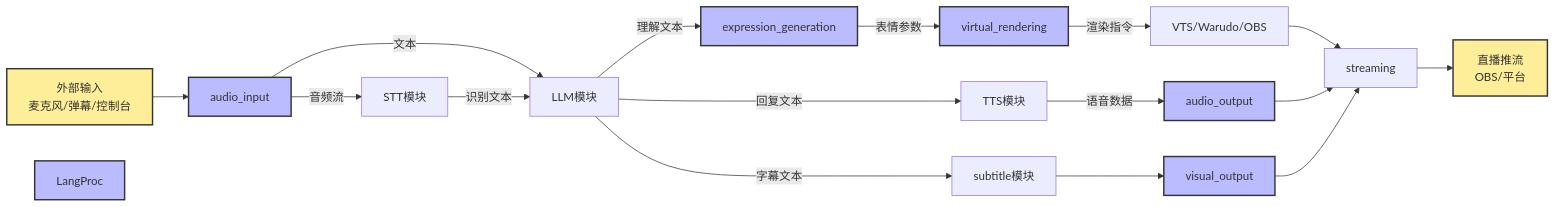
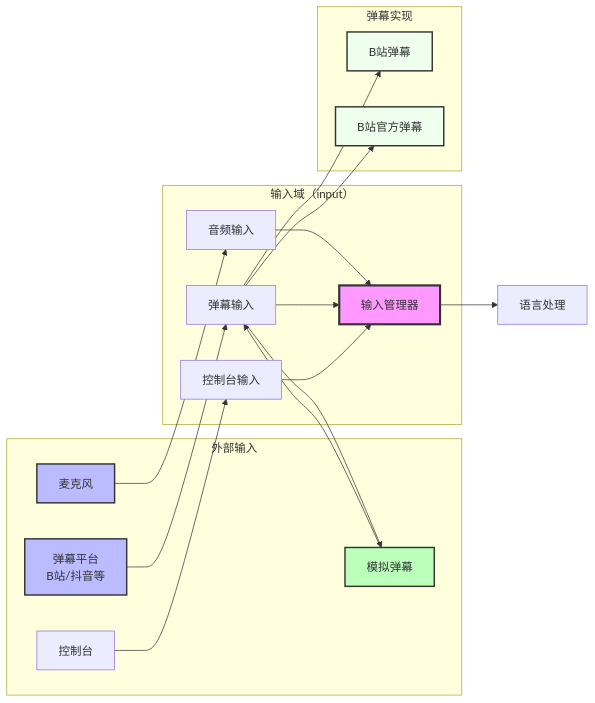
The fifth of 5 diagrams in refactor.md (Mai-with-u/Amaidesu), drawn with Mermaid before and after one commit. The commit also changed other lines of this file, not shown here.

````diff
--- a/refactor.md
+++ b/refactor.md
@@ -1496,34 +1246,44 @@
 ```mermaid
 flowchart LR
-    Input[外部输入<br/>麦克风/弹幕/控制台] --> AudioIn[audio_input]
+    subgraph "外部输入"
+        Mic[麦克风]
+        DM[弹幕平台<br/>B站/抖音等]
+        Console[控制台]
+        Mock[模拟弹幕]
+    end
 
-    AudioIn -->|音频流| STT[STT模块]
-    AudioIn -->|文本| LLM[LLM模块]
+    subgraph "输入域（input）"
+        InputMgr[输入管理器]
+        AudioIn[音频输入]
+        DanmakuIn[弹幕输入]
+        ConsoleIn[控制台输入]
+    end
 
-    STT -->|识别文本| LLM
-    LLM -->|理解文本| ExprGen[expression_generation]
+    subgraph "弹幕实现"
+        Bili[B站弹幕]
+        BiliOff[B站官方弹幕]
+        Mock[模拟弹幕]
+    end
 
-    ExprGen -->|表情参数| VirtRend[virtual_rendering]
-    VirtRend -->|渲染指令| Renderer[VTS/Warudo/OBS]
+    Mic --> AudioIn
+    DM --> DanmakuIn
+    Console --> ConsoleIn
+    Mock --> DanmakuIn
 
-    LLM -->|回复文本| TTS[TTS模块]
-    TTS -->|语音数据| AudioOut[audio_output]
+    DanmakuIn --> Bili
+    DanmakuIn --> BiliOff
+    DanmakuIn --> Mock
 
-    LLM -->|字幕文本| Subtitle[subtitle模块]
-    Subtitle --> VisOut[visual_output]
+    AudioIn --> InputMgr
+    DanmakuIn --> InputMgr
+    ConsoleIn --> InputMgr
 
-    Renderer --> Stream[streaming]
-    AudioOut --> Stream
-    VisOut --> Stream
+    InputMgr --> LangProc[语言处理]
 
-    Stream --> Output[直播推流<br/>OBS/平台]
-
-    style Input fill:#fe9,stroke:#333,stroke-width:2px
-    style Output fill:#fe9,stroke:#333,stroke-width:2px
-    style AudioIn fill:#bbf,stroke:#333,stroke-width:2px
-    style LangProc fill:#bbf,stroke:#333,stroke-width:2px
-    style ExprGen fill:#bbf,stroke:#333,stroke-width:2px
-    style VirtRend fill:#bbf,stroke:#333,stroke-width:2px
-    style AudioOut fill:#bbf,stroke:#333,stroke-width:2px
-    style VisOut fill:#bbf,stroke:#333,stroke-width:2px
+    style InputMgr fill:#f9f,stroke:#333,stroke-width:3px
+    style Mic fill:#bbf,stroke:#333,stroke-width:2px
+    style DM fill:#bbf,stroke:#333,stroke-width:2px
+    style Mock fill:#bfb,stroke:#333,stroke-width:2px
+    style Bili fill:#efe,stroke:#333,stroke-width:2px
+    style BiliOff fill:#efe,stroke:#333,stroke-width:2px
 ```
````
